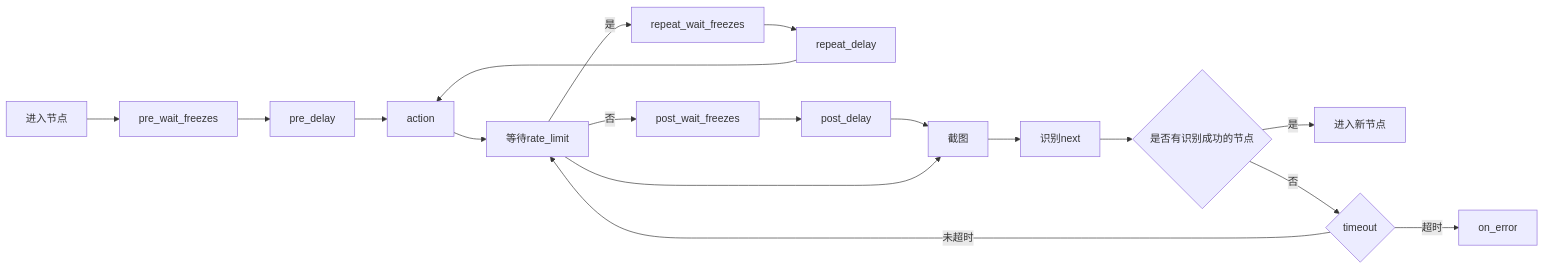
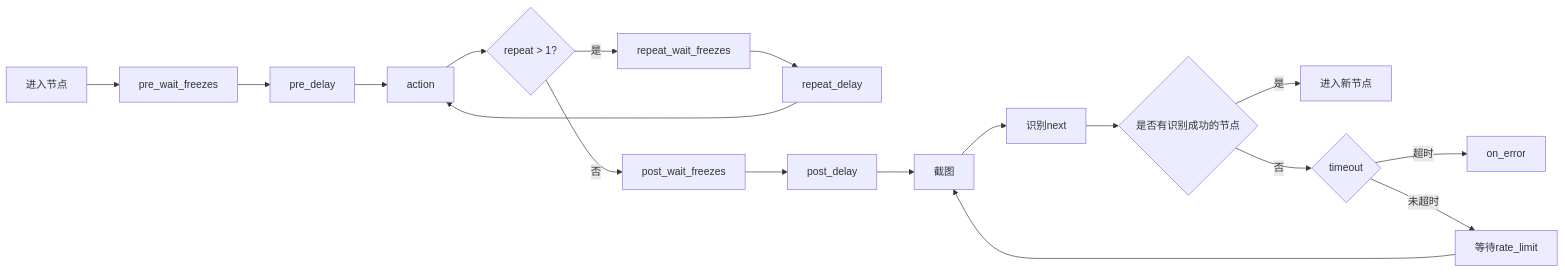
The third of 4 diagrams in docs/zh_cn/3.1-任务流水线协议.md (MaaXYZ/MaaFramework), drawn with Mermaid before and after one commit. The commit also changed 1 other file, not shown here.

Commit message:
docs: fix pipeline flow diagram node labels

````diff
--- a/docs/zh_cn/3.1-任务流水线协议.md
+++ b/docs/zh_cn/3.1-任务流水线协议.md
@@ -236,20 +236,20 @@
 ```mermaid
     graph LR
         A[进入节点] --> B[pre_wait_freezes]
         B --> C[pre_delay]
         C --> D[action]
         D --> M{repeat > 1?}
         M -->|是| N[repeat_wait_freezes]
         N --> O[repeat_delay]
         O --> D
         M -->|否| E[post_wait_freezes]
         E --> F[post_delay]
-        F --> G[截图]
-        G --> H[识别next]
-        H --> I{是否有识别成功的节点}
-        I -->|是| J[进入新节点]
-        I -->|否| K{timeout}
-        K -->|超时| L[on_error]
-        K -->|未超时| M[等待rate_limit]
-        M --> G
+        F --> P[截图]
+        P --> G[识别next]
+        G --> H{是否有识别成功的节点}
+        H -->|是| I[进入新节点]
+        H -->|否| J{timeout}
+        J -->|超时| K[on_error]
+        J -->|未超时| L[等待rate_limit]
+        L --> P
 ```
````
